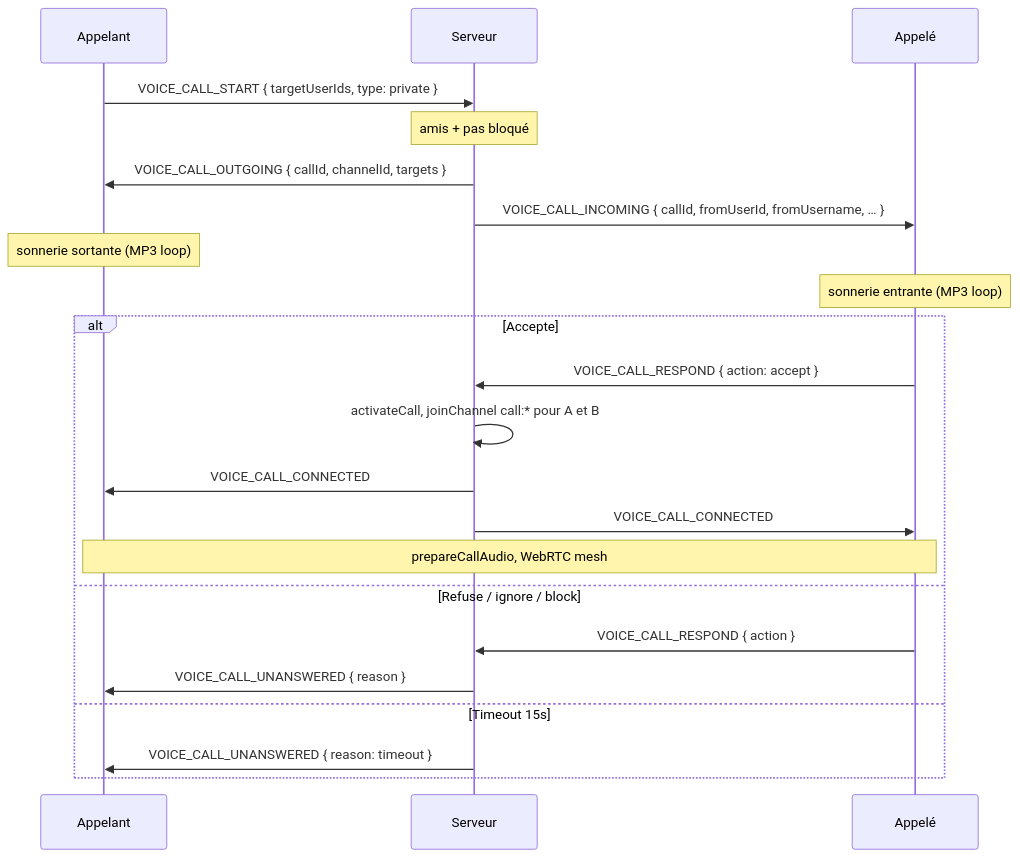
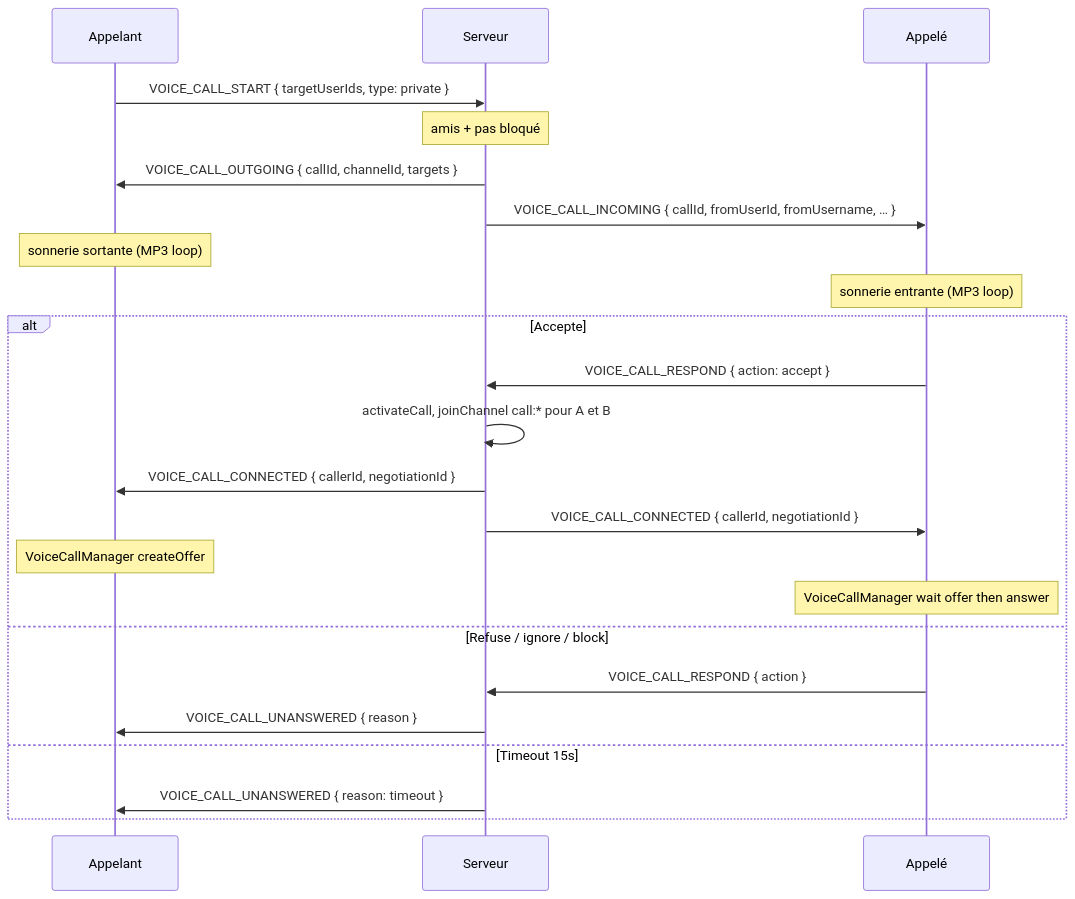
The second of 2 diagrams in Docs/Architecture/VOIX_APPELS_ET_SON.md (Omxr-Xg/quantum-bluff), drawn with Mermaid before and after one commit. The commit also changed other lines of this file and 26 other files, not shown here.

First line of the commit message:
Refactor private 1v1 voice calls onto a dedicated VoiceCallManager stack.

````diff
--- a/Docs/Architecture/VOIX_APPELS_ET_SON.md
+++ b/Docs/Architecture/VOIX_APPELS_ET_SON.md
@@ -86,26 +87,27 @@
 ```mermaid
 sequenceDiagram
   participant A as Appelant
   participant S as Serveur
   participant B as Appelé
 
   A->>S: VOICE_CALL_START { targetUserIds, type: private }
   Note over S: amis + pas bloqué
   S->>A: VOICE_CALL_OUTGOING { callId, channelId, targets }
   S->>B: VOICE_CALL_INCOMING { callId, fromUserId, fromUsername, … }
   Note over A: sonnerie sortante (MP3 loop)
   Note over B: sonnerie entrante (MP3 loop)
 
   alt Accepte
     B->>S: VOICE_CALL_RESPOND { action: accept }
     S->>S: activateCall, joinChannel call:* pour A et B
-    S->>A: VOICE_CALL_CONNECTED
-    S->>B: VOICE_CALL_CONNECTED
-    Note over A,B: prepareCallAudio, WebRTC mesh
+    S->>A: VOICE_CALL_CONNECTED { callerId, negotiationId }
+    S->>B: VOICE_CALL_CONNECTED { callerId, negotiationId }
+    Note over A: VoiceCallManager createOffer
+    Note over B: VoiceCallManager wait offer then answer
   else Refuse / ignore / block
     B->>S: VOICE_CALL_RESPOND { action }
     S->>A: VOICE_CALL_UNANSWERED { reason }
   else Timeout 15s
     S->>A: VOICE_CALL_UNANSWERED { reason: timeout }
   end
 ```
````
